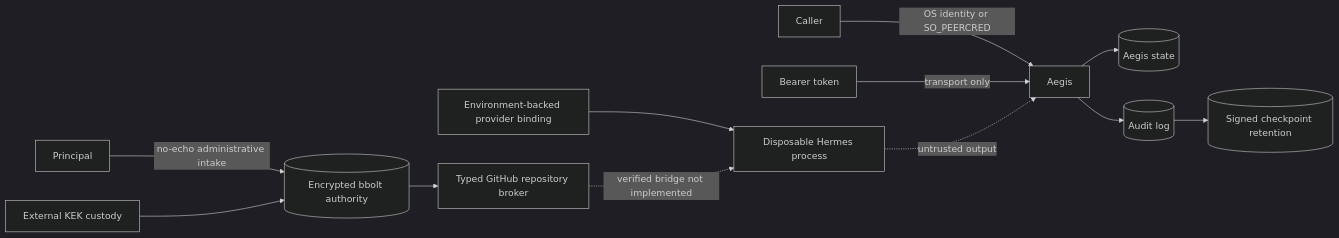
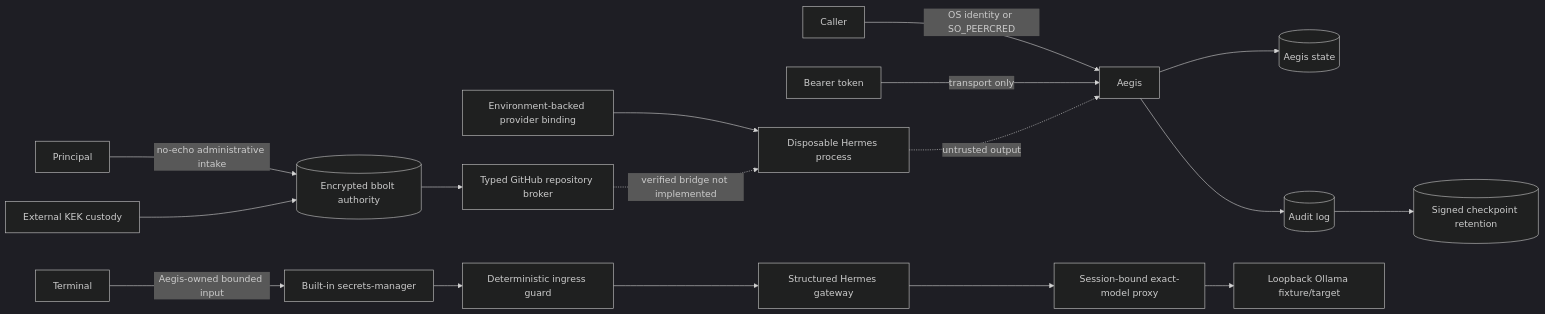
Before and after one commit to berryhill/aegis: the diagram in docs/THREAT_MODEL.md, drawn with Mermaid (dark theme). The commit also changed other lines of this file and 34 other files, not shown here.

Commit message:
Implement aegis setup & session runtime

````diff
--- a/docs/THREAT_MODEL.md
+++ b/docs/THREAT_MODEL.md
@@ -17,14 +17,19 @@
 ```mermaid
 flowchart LR
   Caller -->|OS identity or SO_PEERCRED| Aegis
   Token[Bearer token] -->|transport only| Aegis
   Aegis --> Store[(Aegis state)]
   Env[Environment-backed provider binding] --> Hermes[Disposable Hermes process]
   Principal -->|no-echo administrative intake| Authority[(Encrypted bbolt authority)]
   KEK[External KEK custody] --> Authority
   Authority --> Broker[Typed GitHub repository broker]
   Broker -. verified bridge not implemented .-> Hermes
   Aegis --> Audit[(Audit log)]
   Audit --> Checkpoint[(Signed checkpoint retention)]
   Hermes -. untrusted output .-> Aegis
+  Terminal -->|Aegis-owned bounded input| Manager[Built-in secrets-manager]
+  Manager --> Guard[Deterministic ingress guard]
+  Guard --> Gateway[Structured Hermes gateway]
+  Gateway --> Proxy[Session-bound exact-model proxy]
+  Proxy --> Ollama[Loopback Ollama fixture/target]
 ```
````
